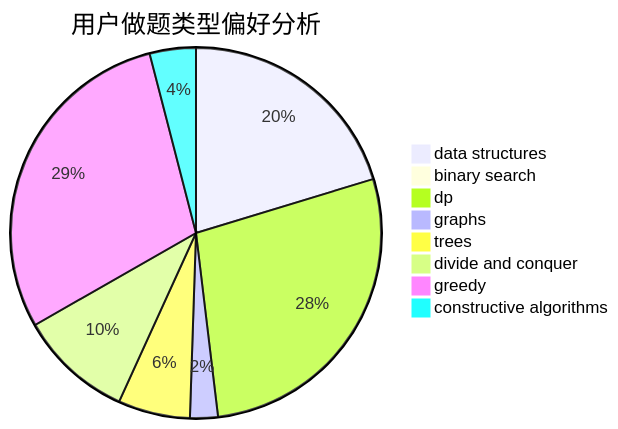
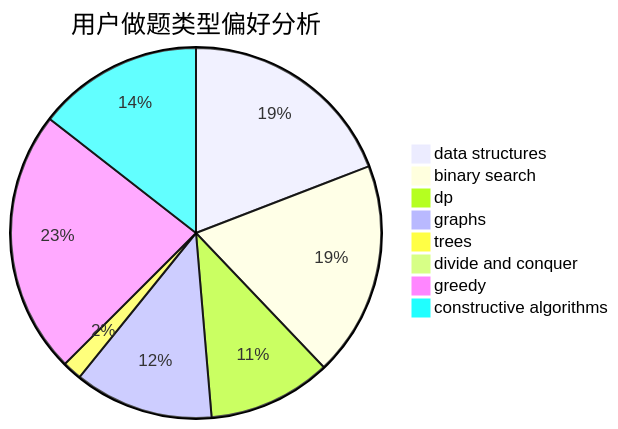
The second of 3 diagrams in docs/user/u1035.md (sherpahu/cfrs.github.io), drawn with Mermaid before and after one commit. The commit also changed other lines of this file and 2770 other files, not shown here.

````diff
--- a/docs/user/u1035.md
+++ b/docs/user/u1035.md
@@ -23,11 +23,11 @@
 ```mermaid
 pie title 用户做题类型偏好分析
-    "data structures" :  368
-    "binary search" :  8
-    "dp" :  504
-    "graphs" :  44
-    "trees" :  114
-    "divide and conquer" :  180
-    "greedy" :  530
-    "constructive algorithms" :  73
+    "data structures" :  192
+    "binary search" :  188
+    "dp" :  108
+    "graphs" :  122
+    "trees" :  17
+    "divide and conquer" :  7
+    "greedy" :  231
+    "constructive algorithms" :  145
 ```
````
